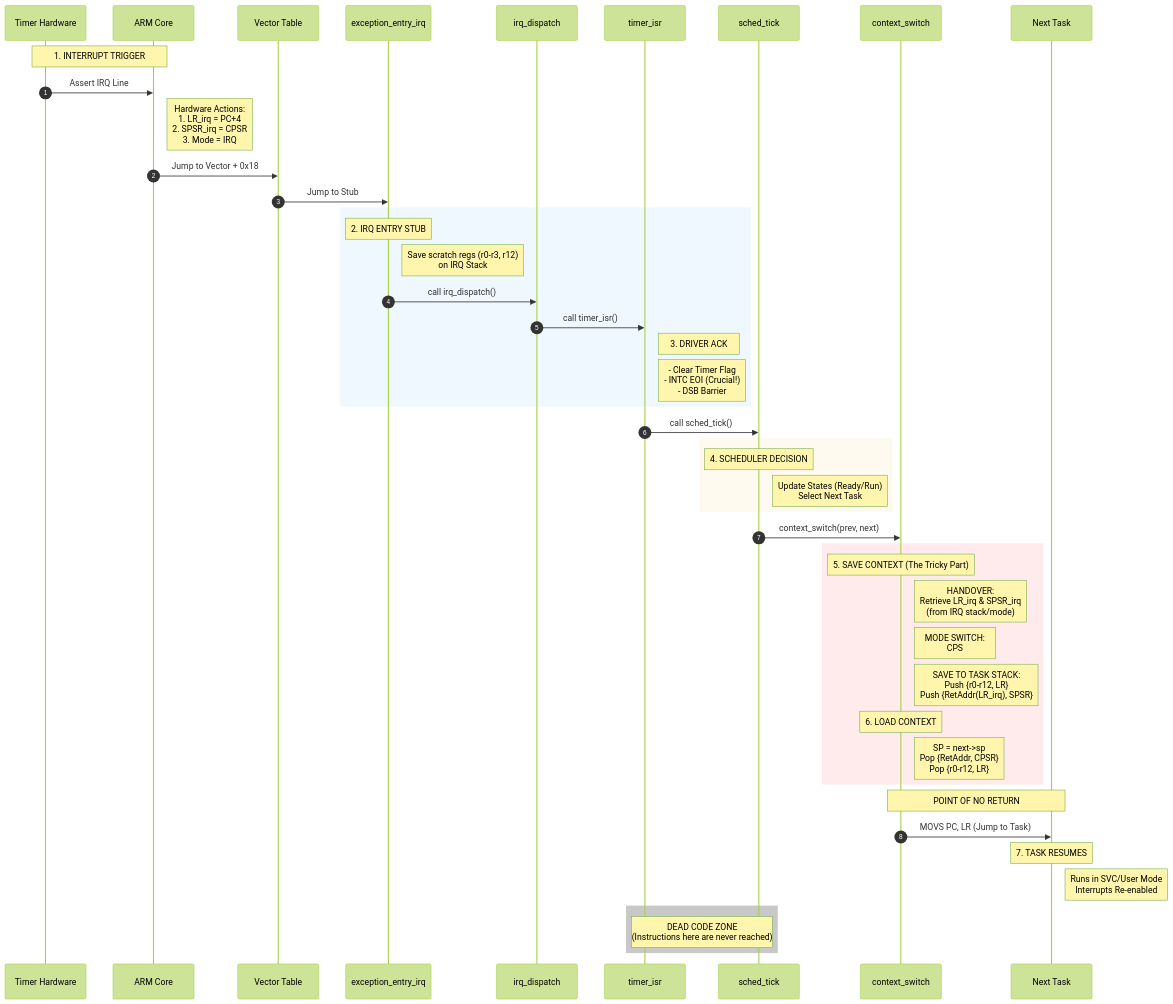
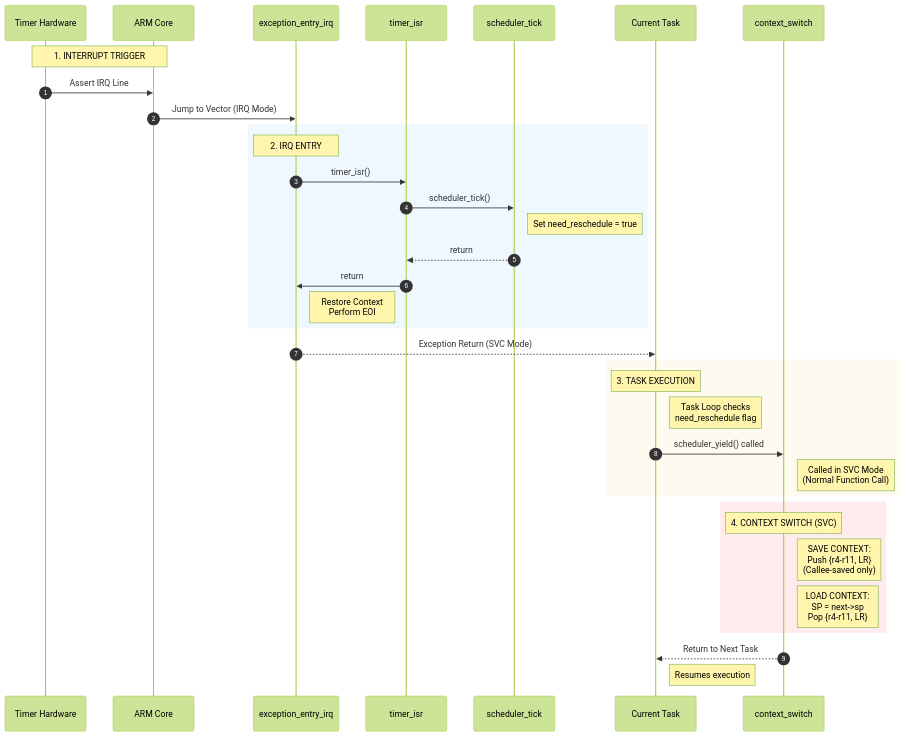
One commit to Vinalinux-Org/RefARM-OS changed the diagram in docs/05_scheduler/diagram/timer_to_context_switch_flow.mmd. Above: the diagram before and after it, drawn with Mermaid (forest theme). The commit also changed 5 other files, not shown here.

Commit message:
docs: update the  scheduler docs and diagrams

```diff
--- a/docs/05_scheduler/diagram/timer_to_context_switch_flow.mmd
+++ b/docs/05_scheduler/diagram/timer_to_context_switch_flow.mmd
@@ -1,69 +1,50 @@
 sequenceDiagram
     autonumber
     participant HW as Timer Hardware
     participant CPU as ARM Core
-    participant VT as Vector Table
     participant IRQ_ASM as exception_entry_irq
-    participant IRQ_C as irq_dispatch
-    participant TIMER as timer_isr
-    participant SCHED as sched_tick
-    participant CTX as context_switch
-    participant TASK as Next Task
+    participant IRQ_C as timer_isr
+    participant SCHED as scheduler_tick
+    participant TASK as Current Task
+    participant CS as context_switch
     
     %% --- HARDWARE PHASE ---
     Note over HW,CPU: 1. INTERRUPT TRIGGER
     HW->>CPU: Assert IRQ Line
-    Note right of CPU: Hardware Actions:<br/>1. LR_irq = PC+4<br/>2. SPSR_irq = CPSR<br/>3. Mode = IRQ
-    
-    CPU->>VT: Jump to Vector + 0x18
-    
-    VT->>IRQ_ASM: Jump to Stub
+    CPU->>IRQ_ASM: Jump to Vector (IRQ Mode)
     
     %% --- IRQ HANDLING PHASE ---
     rect rgb(240, 248, 255)
-    Note over IRQ_ASM: 2. IRQ ENTRY STUB
-    Note right of IRQ_ASM: Save scratch regs (r0-r3, r12)<br/>on IRQ Stack
+    Note over IRQ_ASM: 2. IRQ ENTRY
+    IRQ_ASM->>IRQ_C: timer_isr()
     
-    IRQ_ASM->>IRQ_C: call irq_dispatch()
+    IRQ_C->>SCHED: scheduler_tick()
+    Note right of SCHED: Set need_reschedule = true
+    SCHED-->>IRQ_C: return
     
-    IRQ_C->>TIMER: call timer_isr()
-    
-    Note right of TIMER: 3. DRIVER ACK
-    Note right of TIMER: - Clear Timer Flag<br/>- INTC EOI (Crucial!)<br/>- DSB Barrier
+    IRQ_C->>IRQ_ASM: return
+    Note right of IRQ_ASM: Restore Context<br/>Perform EOI
     end
     
-    TIMER->>SCHED: call sched_tick()
+    IRQ_ASM-->>TASK: Exception Return (SVC Mode)
     
-    %% --- SCHEDULER PHASE ---
+    %% --- COOPERATIVE YIELD PHASE ---
     rect rgb(255, 250, 240)
-    Note over SCHED: 4. SCHEDULER DECISION
-    Note right of SCHED: Update States (Ready/Run)<br/>Select Next Task
+    Note over TASK: 3. TASK EXECUTION
+    Note right of TASK: Task Loop checks<br/>need_reschedule flag
+    
+    TASK->>CS: scheduler_yield() called
+    Note right of CS: Called in SVC Mode<br/>(Normal Function Call)
     end
     
-    SCHED->>CTX: context_switch(prev, next)
+    %% --- CONTEXT SWITCH PHASE ---
+    rect rgb(255, 235, 235)
+    Note over CS: 4. CONTEXT SWITCH (SVC)
     
-    %% --- CONTEXT SWITCH PHASE (CRITICAL) ---
-    rect rgb(255, 235, 235)
-    Note over CTX: 5. SAVE CONTEXT (The Tricky Part)
+    Note right of CS: SAVE CONTEXT:<br/>Push {r4-r11, LR}<br/>(Callee-saved only)
     
-    Note right of CTX: HANDOVER:<br/>Retrieve LR_irq & SPSR_irq<br/>(from IRQ stack/mode)
-    
-    Note right of CTX: MODE SWITCH:<br/>CPS #0x13 (Switch to SVC)
-    
-    Note right of CTX: SAVE TO TASK STACK:<br/>Push {r0-r12, LR}<br/>Push {RetAddr(LR_irq), SPSR}
-    
-    Note over CTX: 6. LOAD CONTEXT
-    Note right of CTX: SP = next->sp<br/>Pop {RetAddr, CPSR}<br/>Pop {r0-r12, LR}
+    Note right of CS: LOAD CONTEXT:<br/>SP = next->sp<br/>Pop {r4-r11, LR}
     end
     
-    %% --- NO RETURN ---
-    Note over CTX,TASK: POINT OF NO RETURN
-    CTX->>TASK: MOVS PC, LR (Jump to Task)
-    
-    Note over TASK: 7. TASK RESUMES
-    Note right of TASK: Runs in SVC/User Mode<br/>Interrupts Re-enabled
-    
-    %% --- DEAD CODE VISUALIZATION ---
-    rect rgb(200, 200, 200)
-    Note over TIMER,SCHED: DEAD CODE ZONE<br/>(Instructions here are never reached)
-    end
+    CS-->>TASK: Return to Next Task
+    Note right of TASK: Resumes execution
```
